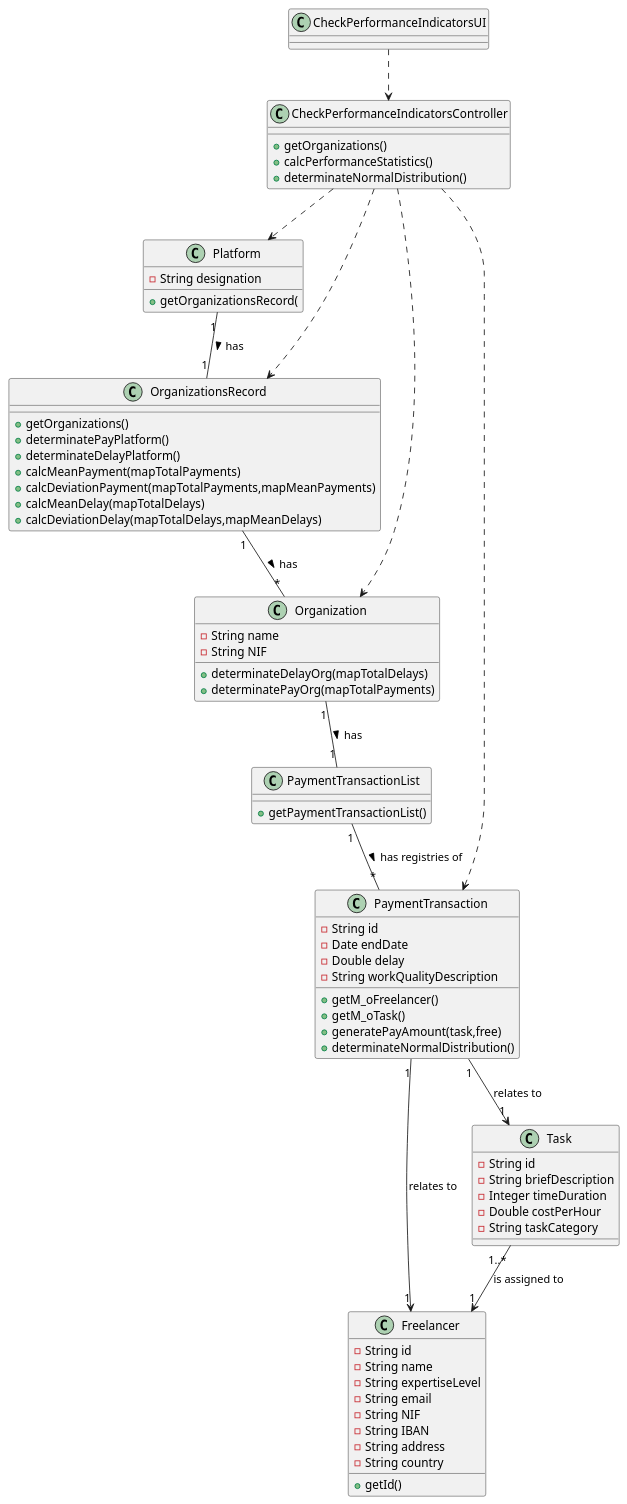
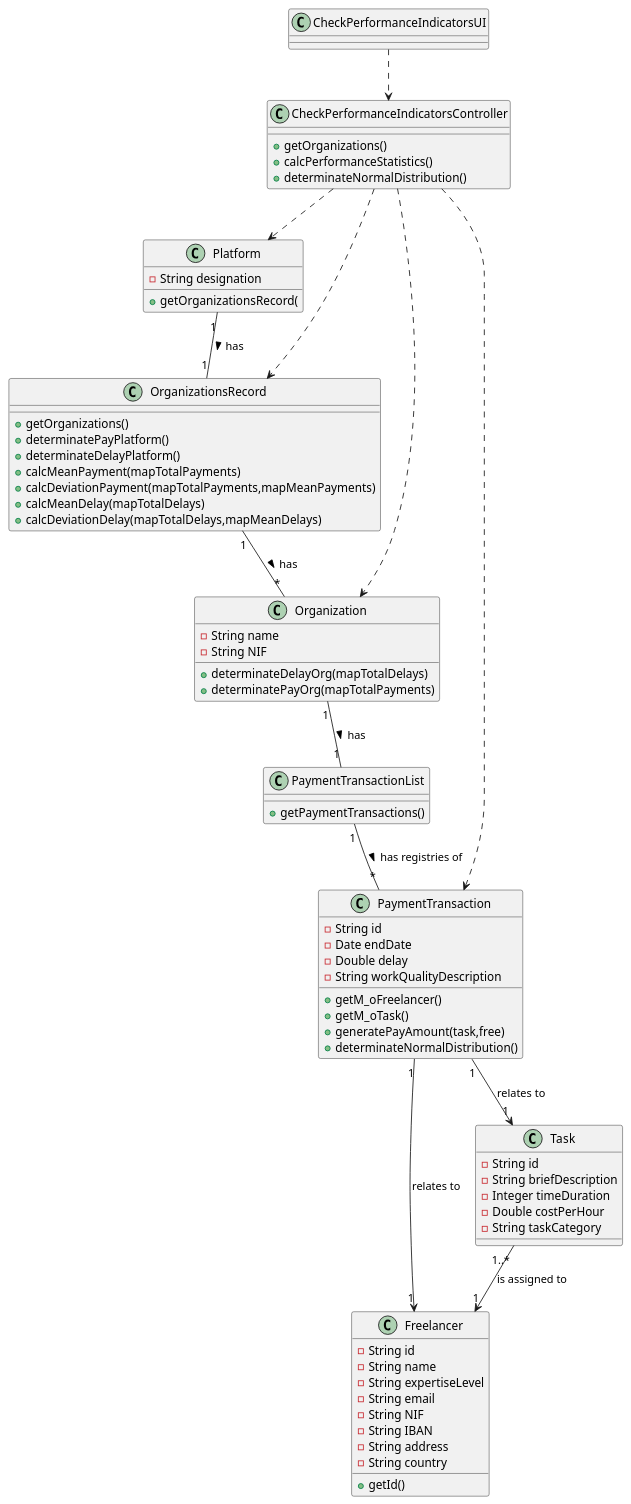
Before and after one commit to pedrolemos4/LAPR2: the diagram in docs/UC6 - Check performance indicators/UC6_CD.puml, drawn with PlantUML. The commit also changed 5 other files, not shown here.

```diff
--- a/docs/UC6 - Check performance indicators/UC6_CD.puml
+++ b/docs/UC6 - Check performance indicators/UC6_CD.puml
@@ -1,89 +1,89 @@
 @startuml
 
 class CheckPerformanceIndicatorsUI {
 }
 
 
 class CheckPerformanceIndicatorsController {
     +getOrganizations()
     +calcPerformanceStatistics()
     +determinateNormalDistribution()
 }
 
 class Platform {
     -String designation
     +getOrganizationsRecord(
 }
 
 
 class OrganizationsRecord {
     +getOrganizations()
     +determinatePayPlatform()
     +determinateDelayPlatform()
     +calcMeanPayment(mapTotalPayments)
     +calcDeviationPayment(mapTotalPayments,mapMeanPayments)
     +calcMeanDelay(mapTotalDelays)
     +calcDeviationDelay(mapTotalDelays,mapMeanDelays)
 }
 
 class Organization {
     -String name
     -String NIF
     +determinateDelayOrg(mapTotalDelays)
     +determinatePayOrg(mapTotalPayments)
 }
 
  
 class PaymentTransactionList{
-    +getPaymentTransactionList()
+    +getPaymentTransactions()
 }
 
  
 class PaymentTransaction {
     -String id
     -Date endDate
     -Double delay
     -String workQualityDescription
     +getM_oFreelancer()
     +getM_oTask()
     +generatePayAmount(task,free)
     +determinateNormalDistribution()
 }
 
 
 class Freelancer {
     -String id
     -String name
     -String expertiseLevel
     -String email
     -String NIF
     -String IBAN
     -String address
     -String country
     +getId()
 }
 
 class Task {
   -String id
   -String briefDescription
   -Integer timeDuration
   -Double costPerHour
   -String taskCategory
 }
 
 
 CheckPerformanceIndicatorsUI ..> CheckPerformanceIndicatorsController
 CheckPerformanceIndicatorsController ..> Platform
 CheckPerformanceIndicatorsController ..> OrganizationsRecord
 CheckPerformanceIndicatorsController ..> Organization
 CheckPerformanceIndicatorsController ..> PaymentTransaction
 
 
 Platform "1" -- "1" OrganizationsRecord : has >
 OrganizationsRecord "1" -- "*" Organization : has >
 Organization "1" -- "1" PaymentTransactionList : has >
 PaymentTransactionList "1" -- "*" PaymentTransaction : has registries of >
 PaymentTransaction "1" --> "1" Freelancer : relates to
 PaymentTransaction "1" --> "1" Task : relates to
 Task "1..*" --> "1" Freelancer : is assigned to
 @enduml
```
